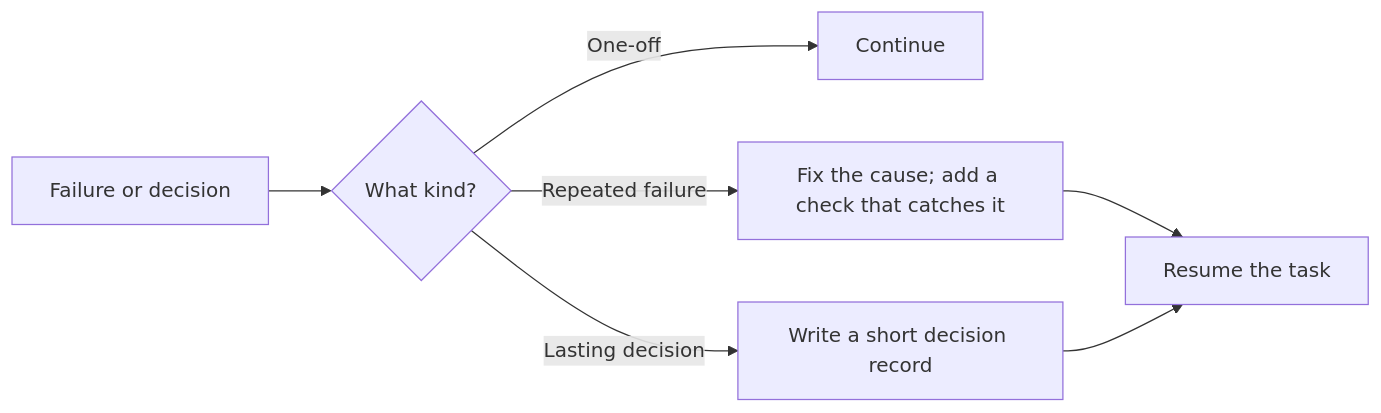
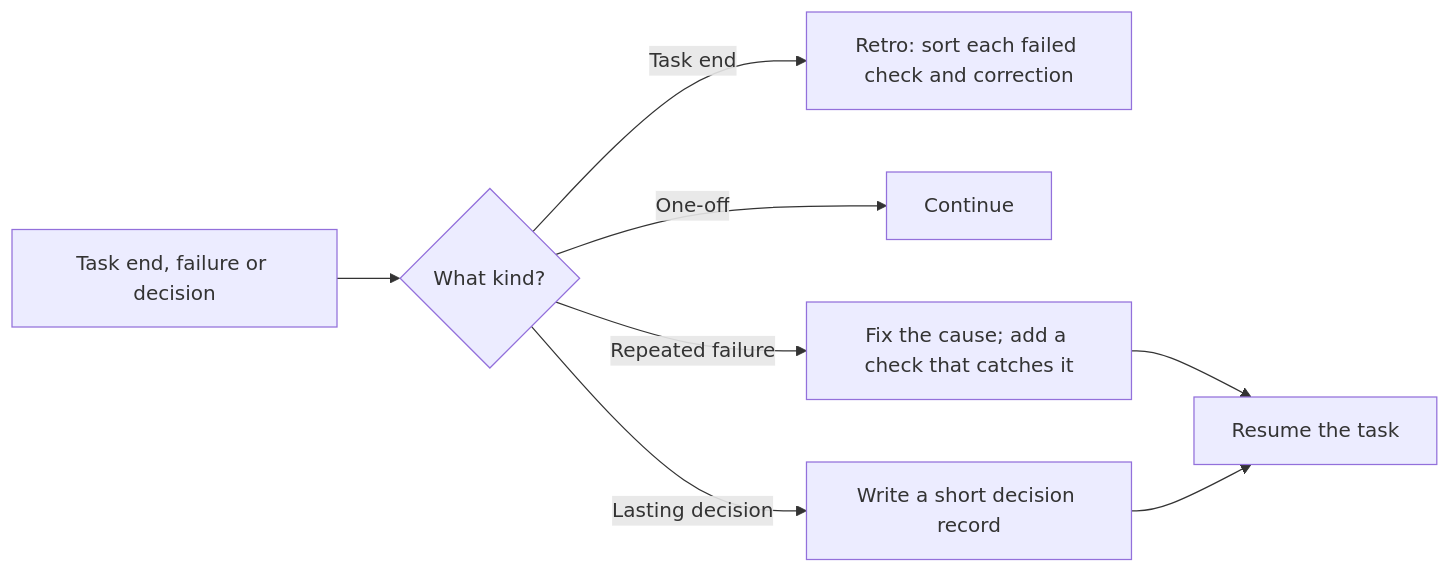
One commit to sgaabdu4/hard-eng changed the sixth of 7 diagrams in README.md. Above: the diagram before and after it, drawn with Mermaid. The commit also changed other lines of this file and 7 other files, not shown here.

````diff
--- a/README.md
+++ b/README.md
@@ -205,9 +205,10 @@
 ```mermaid
 flowchart LR
-  A[Failure or decision] --> B{What kind?}
+  A[Task end, failure or decision] --> B{What kind?}
+  B -->|Task end| R[Retro: sort each failed check and correction]
   B -->|One-off| C[Continue]
   B -->|Repeated failure| D[Fix the cause; add a check that catches it]
   B -->|Lasting decision| E[Write a short decision record]
   D --> F[Resume the task]
   E --> F
 ```
````
